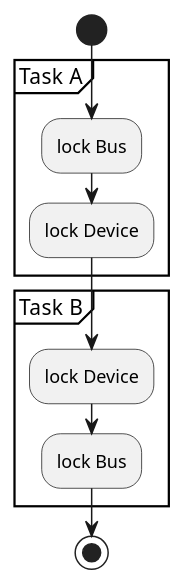
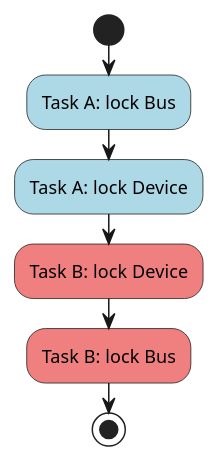
Before and after one commit to luckyJimLu/system-design-notes: the second of 14 diagrams in content/29. embedded-systems/rtos/resource-constrained-embedded-rtos-architecture.en.md, drawn with PlantUML. The commit also changed 1 other file, not shown here.

Commit message:
fix: reduce PlantUML diagram overflow in RTOS section 3.4
Replace partition-based horizontal layout with vertical color-coded
layout to prevent SVG overflow in reading column. Lower plantuml-image
min-width from 720px to 480px.

````diff
--- a/content/29. embedded-systems/rtos/resource-constrained-embedded-rtos-architecture.en.md
+++ b/content/29. embedded-systems/rtos/resource-constrained-embedded-rtos-architecture.en.md
@@ -131,16 +131,12 @@
 ```plantuml
 @startuml
 skinparam shadowing false
 
 start
-partition "Task A" {
-  :lock Bus;
-  :lock Device;
-}
-partition "Task B" {
-  :lock Device;
-  :lock Bus;
-}
+#LightBlue:Task A: lock Bus;
+#LightBlue:Task A: lock Device;
+#LightCoral:Task B: lock Device;
+#LightCoral:Task B: lock Bus;
 stop
 @enduml
 ```
````
